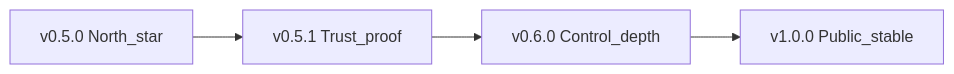
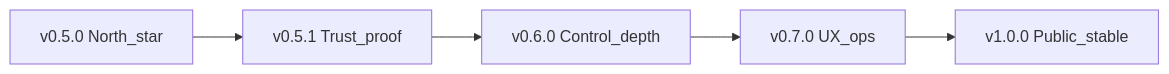
One commit to Dendro-X0/Unstick changed the diagram in docs/roadmap-next-release.md. Above: the diagram before and after it, drawn with Mermaid. The commit also changed other lines of this file and 21 other files, not shown here.

````diff
--- a/docs/roadmap-next-release.md
+++ b/docs/roadmap-next-release.md
@@ -8,8 +8,9 @@
 ```mermaid
 flowchart LR
   v05[v0.5.0 North_star]
   v051[v0.5.1 Trust_proof]
   v06[v0.6.0 Control_depth]
+  v07[v0.7.0 UX_ops]
   v10[v1.0.0 Public_stable]
-  v05 --> v051 --> v06 --> v10
+  v05 --> v051 --> v06 --> v07 --> v10
 ```
````
